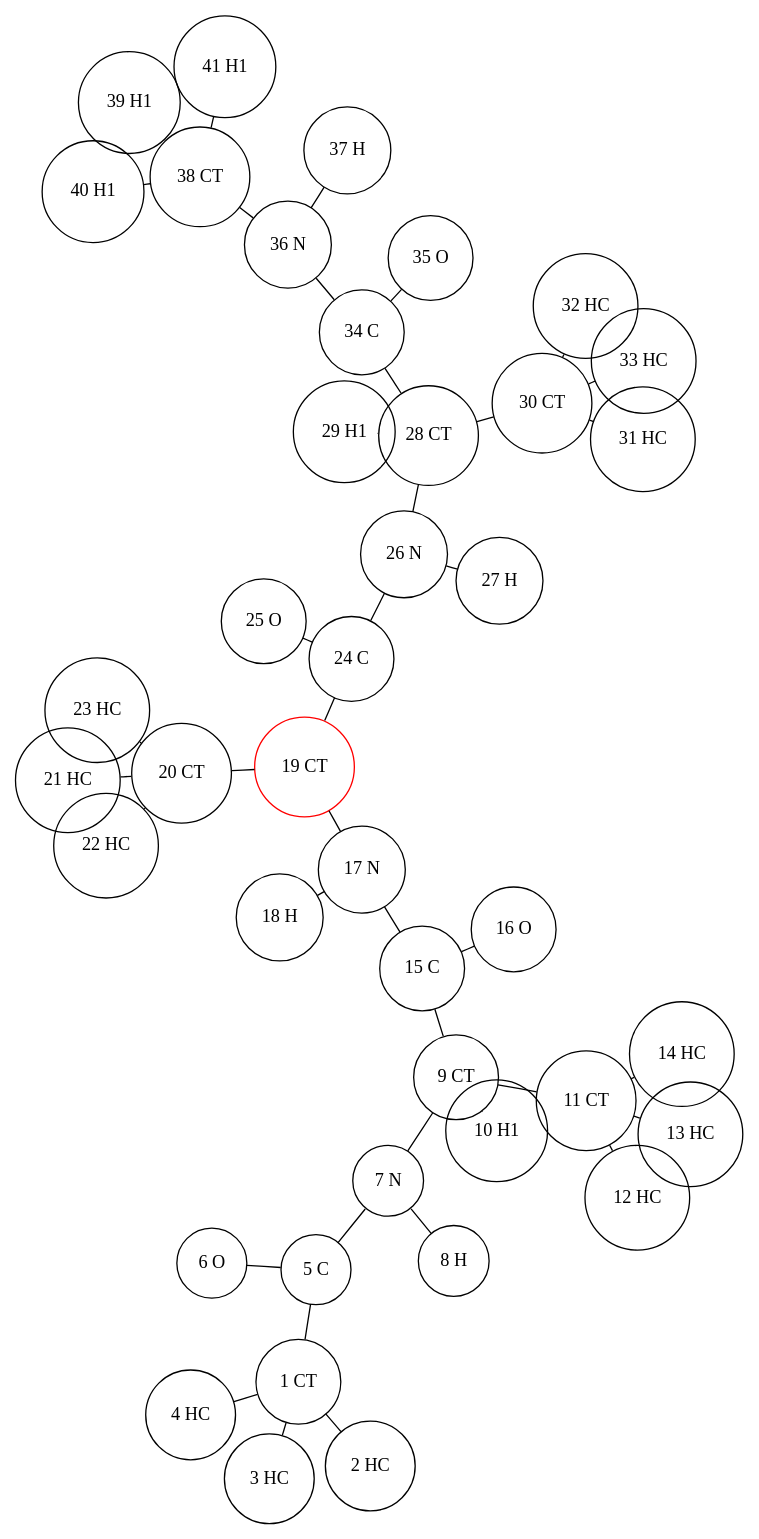
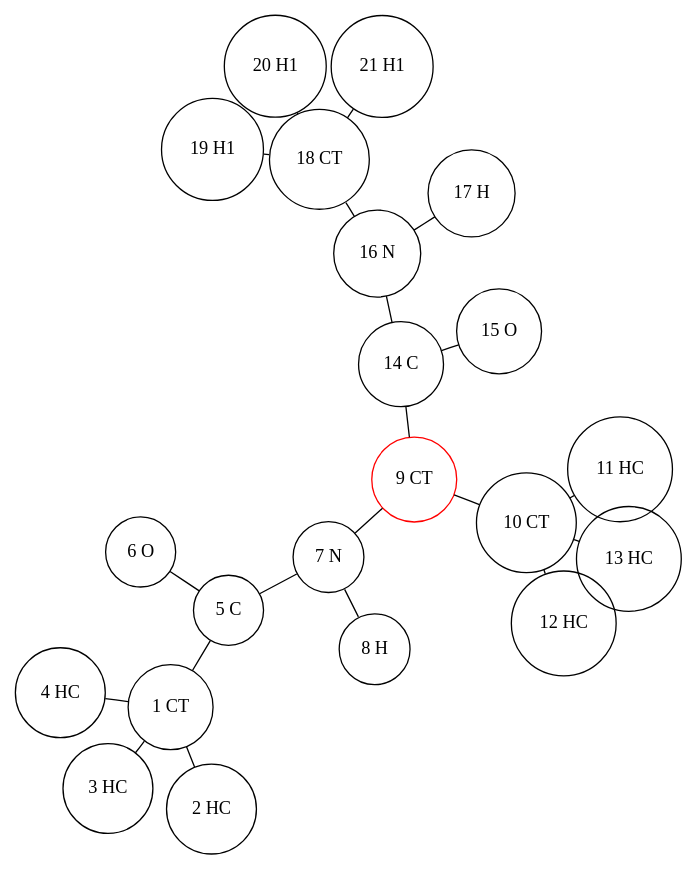
One commit to graeter-group/kimmdy changed the diagram in guide/explanation/ala-top-a.dot. Above: the diagram before and after it, drawn with Graphviz. The commit also changed 29 other files, not shown here.

```diff
--- a/guide/explanation/ala-top-a.dot
+++ b/guide/explanation/ala-top-a.dot
@@ -1,49 +1,29 @@
 
         graph G {
           layout=neato
           overlap=true
           node [shape="circle"]
     "1 CT"  -- "2 HC" ;
 "1 CT"  -- "3 HC" ;
 "1 CT"  -- "4 HC" ;
 "1 CT"  -- "5 C" ;
 "5 C"  -- "6 O" ;
 "5 C"  -- "7 N" ;
 "7 N"  -- "8 H" ;
 "7 N"  -- "9 CT" ;
-"9 CT"  -- "10 H1" ;
-"9 CT"  -- "11 CT" ;
-"9 CT"  -- "15 C" ;
-"11 CT"  -- "12 HC" ;
-"11 CT"  -- "13 HC" ;
-"11 CT"  -- "14 HC" ;
-"15 C"  -- "16 O" ;
-"15 C"  -- "17 N" ;
-"17 N"  -- "18 H" ;
-"17 N"  -- "19 CT" ;
-"19 CT"  [color="red"]
-"19 CT"  -- "20 CT" ;
-"19 CT"  [color="red"]
-"19 CT"  -- "24 C" ;
-"19 CT"  [color="red"]
-"20 CT"  -- "21 HC" ;
-"20 CT"  -- "22 HC" ;
-"20 CT"  -- "23 HC" ;
-"24 C"  -- "25 O" ;
-"24 C"  -- "26 N" ;
-"26 N"  -- "27 H" ;
-"26 N"  -- "28 CT" ;
-"28 CT"  -- "29 H1" ;
-"28 CT"  -- "30 CT" ;
-"28 CT"  -- "34 C" ;
-"30 CT"  -- "31 HC" ;
-"30 CT"  -- "32 HC" ;
-"30 CT"  -- "33 HC" ;
-"34 C"  -- "35 O" ;
-"34 C"  -- "36 N" ;
-"36 N"  -- "37 H" ;
-"36 N"  -- "38 CT" ;
-"38 CT"  -- "39 H1" ;
-"38 CT"  -- "40 H1" ;
-"38 CT"  -- "41 H1" ;
+"9 CT"  [color="red"]
+"9 CT"  -- "10 CT" ;
+"9 CT"  [color="red"]
+"9 CT"  -- "14 C" ;
+"9 CT"  [color="red"]
+"10 CT"  -- "11 HC" ;
+"10 CT"  -- "12 HC" ;
+"10 CT"  -- "13 HC" ;
+"14 C"  -- "15 O" ;
+"14 C"  -- "16 N" ;
+"16 N"  -- "17 H" ;
+"16 N"  -- "18 CT" ;
+"18 CT"  -- "19 H1" ;
+"18 CT"  -- "20 H1" ;
+"18 CT"  -- "21 H1" ;
         }
```
